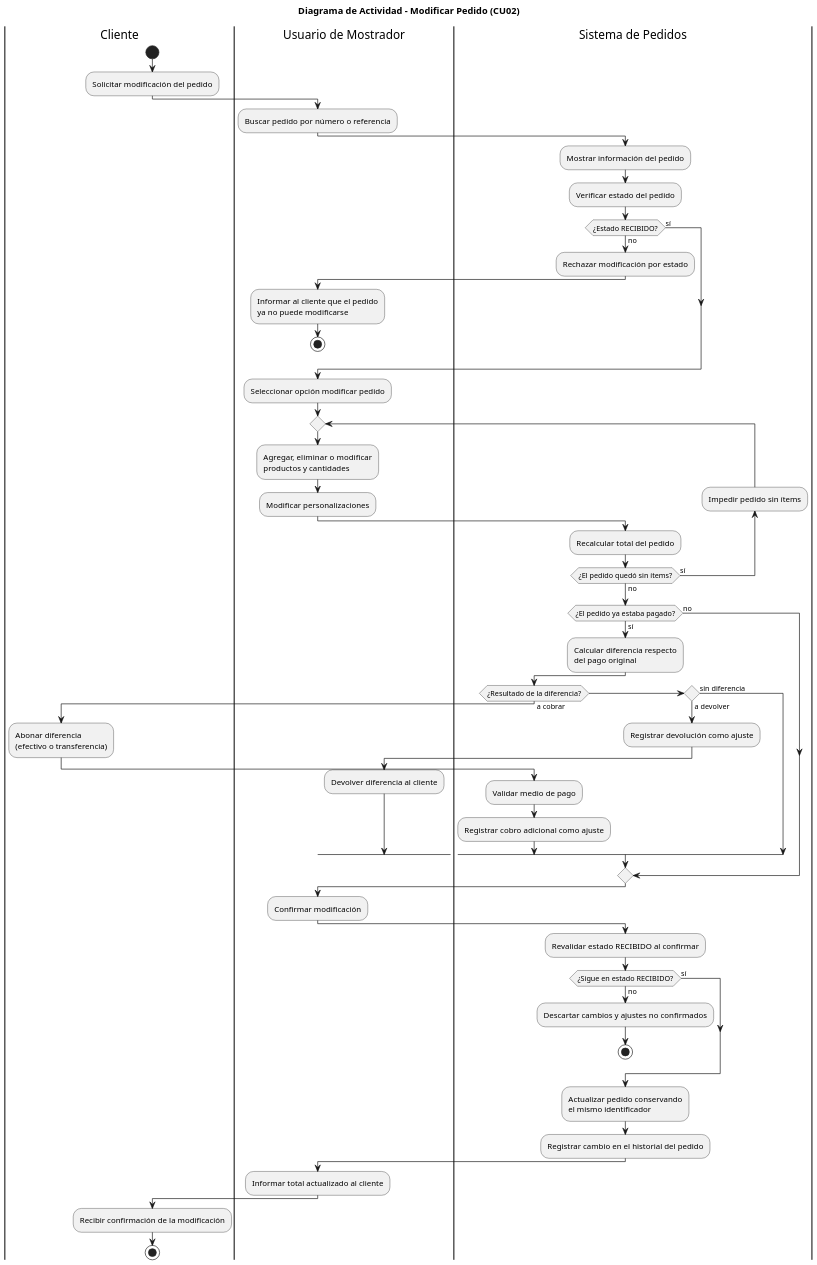
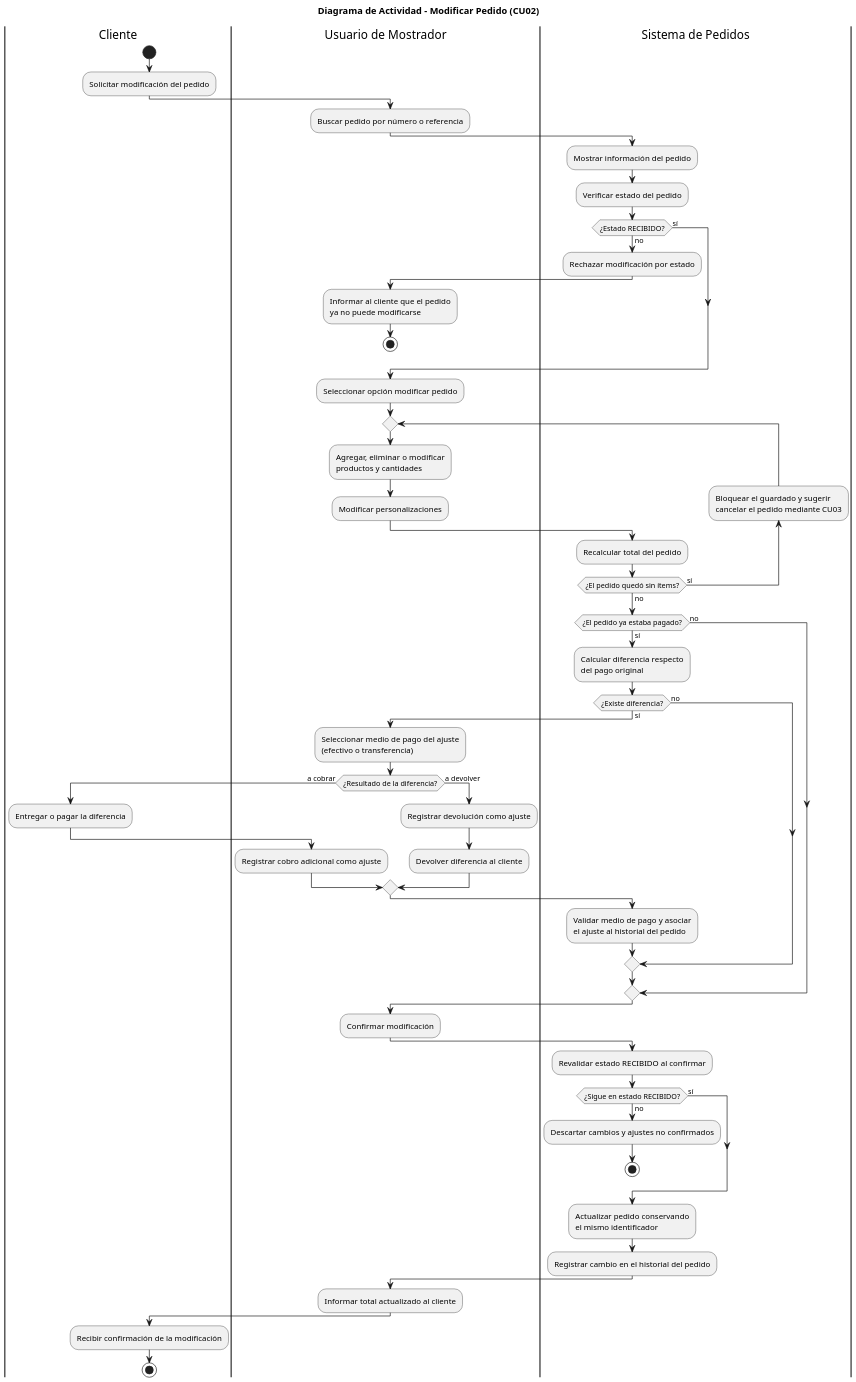
One commit to eloeyhe/SistemaPedidos changed the diagram in diagramas/04-diagramas-actividades/04-actividad-modificar-pedido-02.puml. Above: the diagram before and after it, drawn with PlantUML. The commit also changed 5 other files, not shown here.

First line of the commit message:
Corrijo diagramas de actividades segun revision de la PR #190

```diff
--- a/diagramas/04-diagramas-actividades/04-actividad-modificar-pedido-02.puml
+++ b/diagramas/04-diagramas-actividades/04-actividad-modificar-pedido-02.puml
@@ -1,79 +1,85 @@
 @startuml 04-actividad-modificar-pedido-02
 skinparam dpi 150
 skinparam ArrowFontSize 11
 
 title Diagrama de Actividad - Modificar Pedido (CU02)
 
 |Cliente|
 start
 :Solicitar modificación del pedido;
 
 |Usuario de Mostrador|
 :Buscar pedido por número o referencia;
 
 |Sistema de Pedidos|
 :Mostrar información del pedido;
 :Verificar estado del pedido;
 
 if (¿Estado RECIBIDO?) then (no)
   :Rechazar modificación por estado;
   |Usuario de Mostrador|
   :Informar al cliente que el pedido
   ya no puede modificarse;
   stop
 else (sí)
 endif
 
 |Usuario de Mostrador|
 :Seleccionar opción modificar pedido;
 
 repeat
   :Agregar, eliminar o modificar
   productos y cantidades;
   :Modificar personalizaciones;
   |Sistema de Pedidos|
   :Recalcular total del pedido;
-backward :Impedir pedido sin ítems;
+backward :Bloquear el guardado y sugerir
+cancelar el pedido mediante CU03;
 repeat while (¿El pedido quedó sin ítems?) is (sí) not (no)
 
 if (¿El pedido ya estaba pagado?) then (sí)
   :Calcular diferencia respecto
   del pago original;
-  if (¿Resultado de la diferencia?) then (a cobrar)
-    |Cliente|
-    :Abonar diferencia
+  if (¿Existe diferencia?) then (sí)
+    |Usuario de Mostrador|
+    :Seleccionar medio de pago del ajuste
     (efectivo o transferencia);
+    if (¿Resultado de la diferencia?) then (a cobrar)
+      |Cliente|
+      :Entregar o pagar la diferencia;
+      |Usuario de Mostrador|
+      :Registrar cobro adicional como ajuste;
+    else (a devolver)
+      :Registrar devolución como ajuste;
+      :Devolver diferencia al cliente;
+    endif
     |Sistema de Pedidos|
-    :Validar medio de pago;
-    :Registrar cobro adicional como ajuste;
-  elseif () then (a devolver)
-    :Registrar devolución como ajuste;
-    |Usuario de Mostrador|
-    :Devolver diferencia al cliente;
-  else (sin diferencia)
+    :Validar medio de pago y asociar
+    el ajuste al historial del pedido;
+  else (no)
   endif
 else (no)
 endif
 
 |Usuario de Mostrador|
 :Confirmar modificación;
 
 |Sistema de Pedidos|
 :Revalidar estado RECIBIDO al confirmar;
 if (¿Sigue en estado RECIBIDO?) then (no)
   :Descartar cambios y ajustes no confirmados;
   stop
 else (sí)
 endif
 
 :Actualizar pedido conservando
 el mismo identificador;
 :Registrar cambio en el historial del pedido;
 
 |Usuario de Mostrador|
 :Informar total actualizado al cliente;
 
 |Cliente|
 :Recibir confirmación de la modificación;
 stop
 @enduml
```
